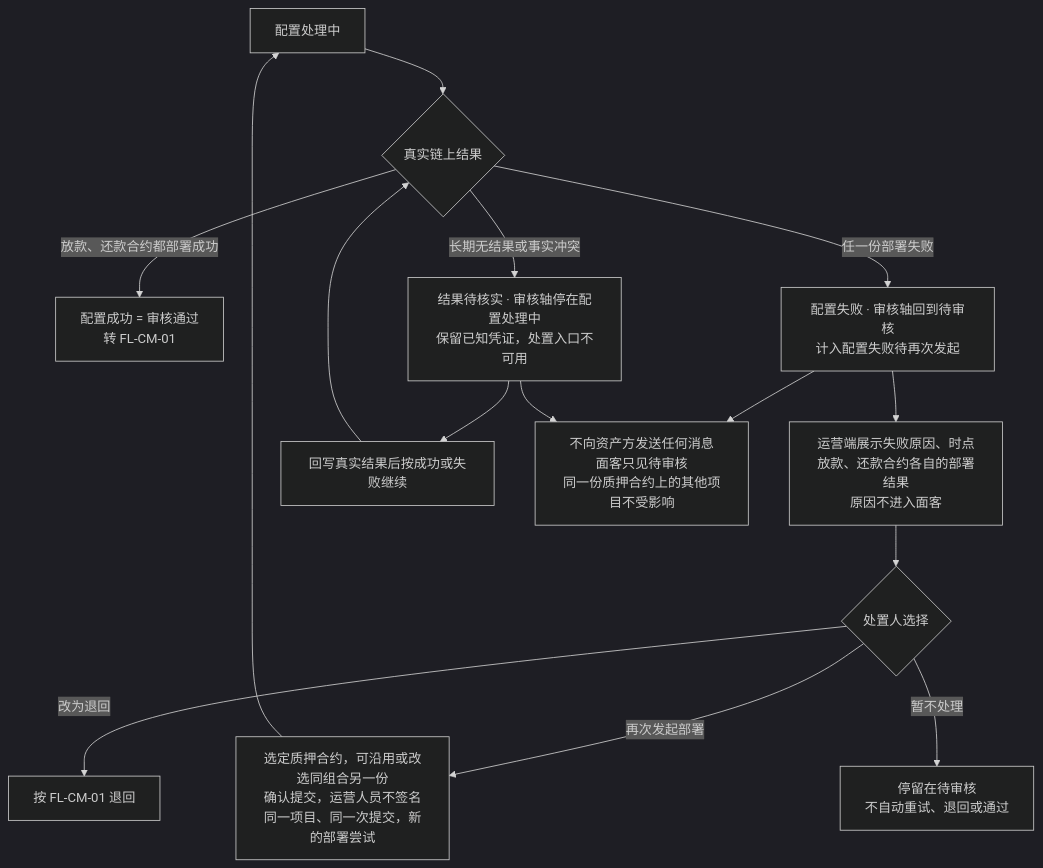
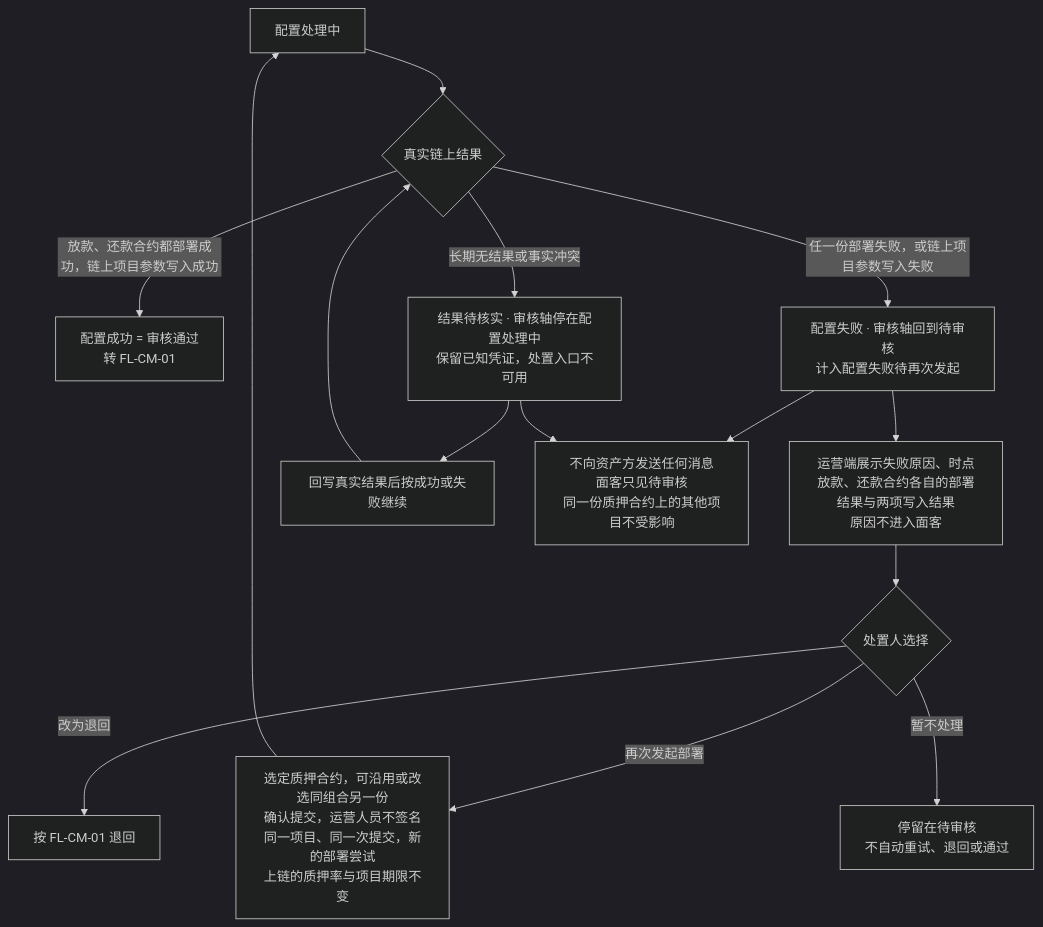
One commit to wxblockchain/Chain-Financing changed the second of 5 diagrams in lending-platform/PRD/运营端/04-运营端项目合约管理/02-运营端项目合约管理-流程图与状态机.md. Above: the diagram before and after it, drawn with Mermaid (dark theme). The commit also changed other lines of this file and 2 other files, not shown here.

````diff
--- a/lending-platform/PRD/运营端/04-运营端项目合约管理/02-运营端项目合约管理-流程图与状态机.md
+++ b/lending-platform/PRD/运营端/04-运营端项目合约管理/02-运营端项目合约管理-流程图与状态机.md
@@ -56,17 +56,17 @@
 ```mermaid
 flowchart TD
   A["配置处理中"] --> B{"真实链上结果"}
-  B -- "放款、还款合约都部署成功" --> E["配置成功 = 审核通过<br/>转 FL-CM-01"]
-  B -- "任一份部署失败" --> C["配置失败 · 审核轴回到待审核<br/>计入配置失败待再次发起"]
+  B -- "放款、还款合约都部署成功，链上项目参数写入成功" --> E["配置成功 = 审核通过<br/>转 FL-CM-01"]
+  B -- "任一份部署失败，或链上项目参数写入失败" --> C["配置失败 · 审核轴回到待审核<br/>计入配置失败待再次发起"]
   B -- "长期无结果或事实冲突" --> D["结果待核实 · 审核轴停在配置处理中<br/>保留已知凭证，处置入口不可用"]
-  C --> C1["运营端展示失败原因、时点<br/>放款、还款合约各自的部署结果<br/>原因不进入面客"]
+  C --> C1["运营端展示失败原因、时点<br/>放款、还款合约各自的部署结果与两项写入结果<br/>原因不进入面客"]
   C1 --> C2{"处置人选择"}
-  C2 -- "再次发起部署" --> C3["选定质押合约，可沿用或改选同组合另一份<br/>确认提交，运营人员不签名<br/>同一项目、同一次提交，新的部署尝试"]
+  C2 -- "再次发起部署" --> C3["选定质押合约，可沿用或改选同组合另一份<br/>确认提交，运营人员不签名<br/>同一项目、同一次提交，新的部署尝试<br/>上链的质押率与项目期限不变"]
   C3 --> A
   C2 -- "改为退回" --> R["按 FL-CM-01 退回"]
   C2 -- "暂不处理" --> C4["停留在待审核<br/>不自动重试、退回或通过"]
   D --> D2["回写真实结果后按成功或失败继续"]
   D2 --> B
   C --> X["不向资产方发送任何消息<br/>面客只见待审核<br/>同一份质押合约上的其他项目不受影响"]
   D --> X
 ```
````
